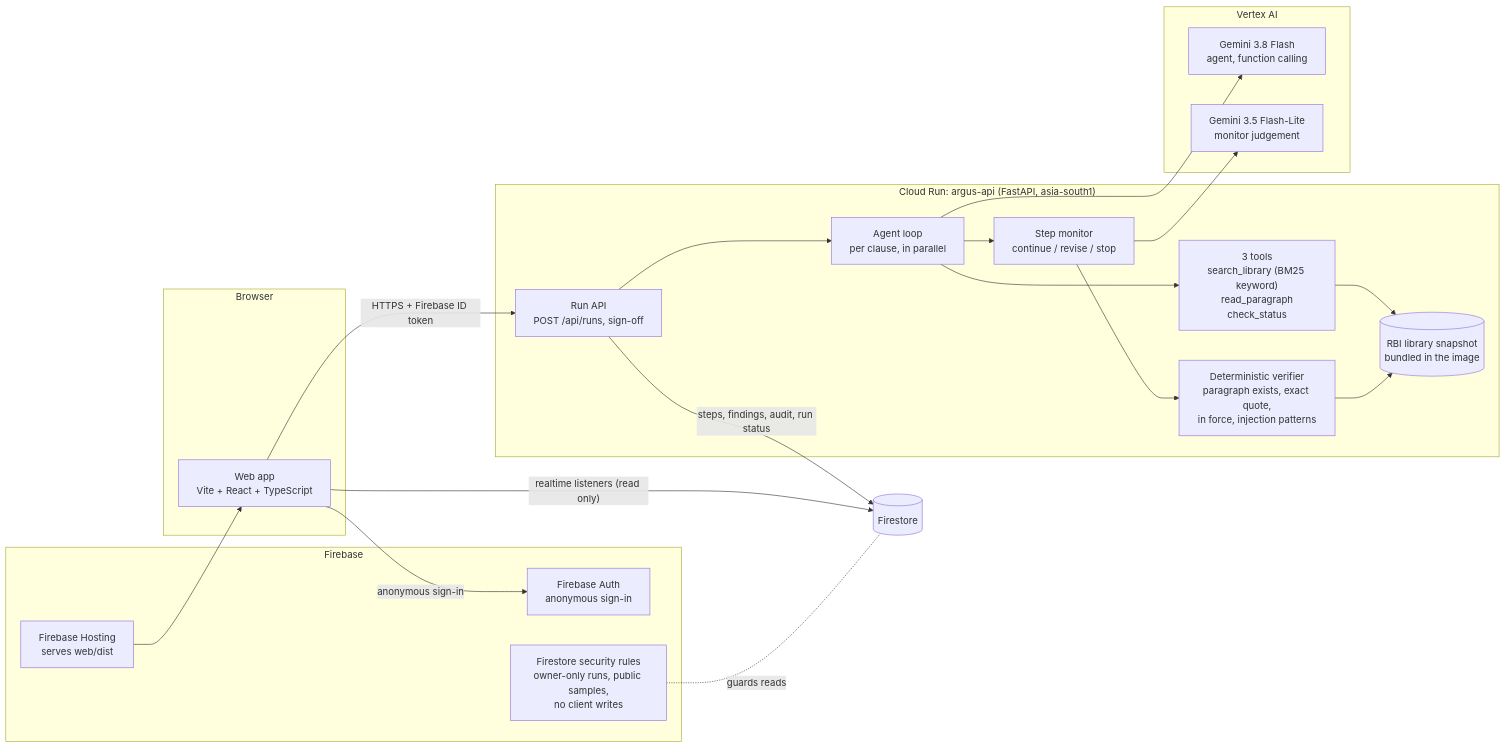
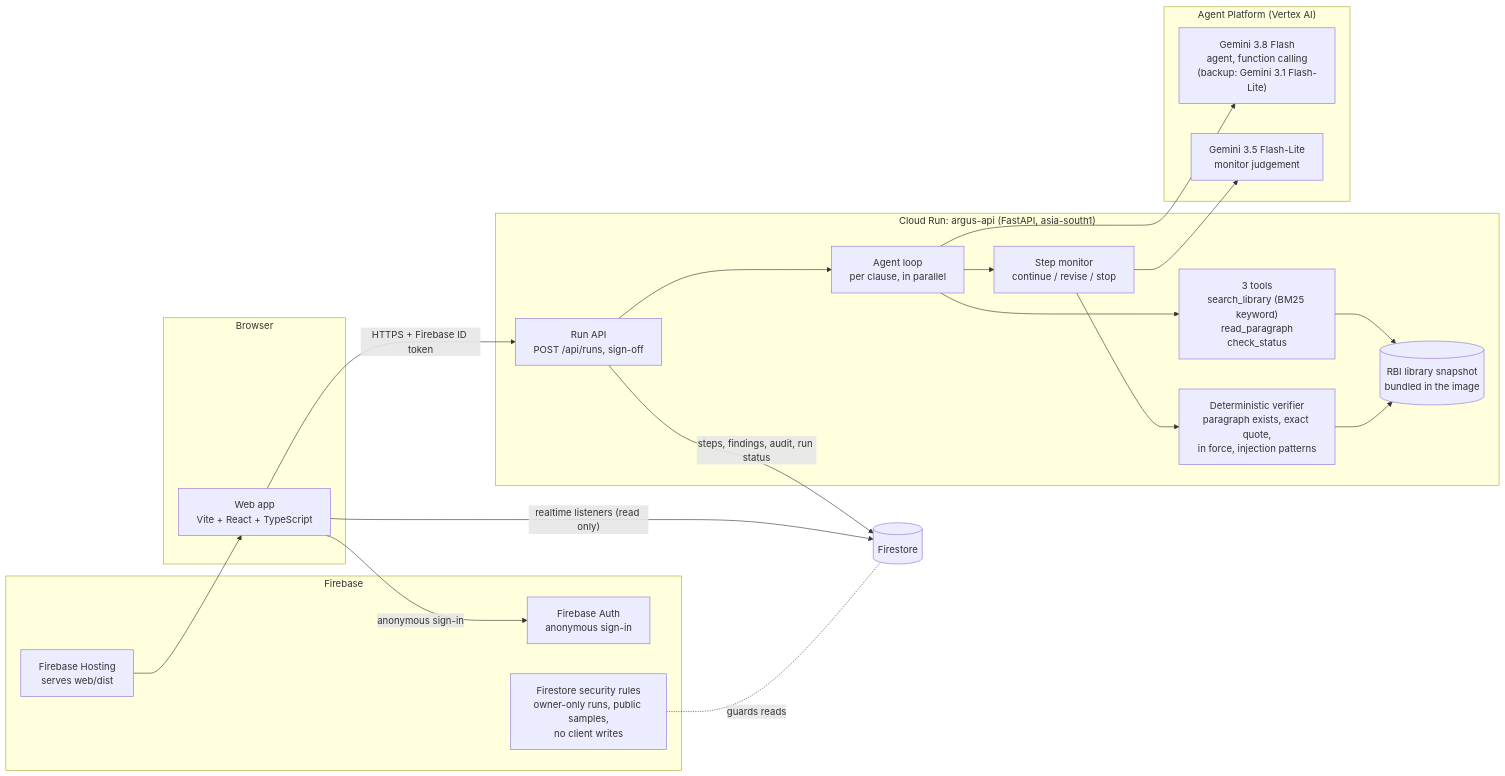
Before and after one commit to HemantBK/Argus: the first of 2 diagrams in docs/architecture.md, drawn with Mermaid. The commit also changed other lines of this file and 5 other files, not shown here.

````diff
--- a/docs/architecture.md
+++ b/docs/architecture.md
@@ -13,37 +13,37 @@
 ```mermaid
 flowchart LR
   subgraph Browser
     W["Web app<br/>Vite + React + TypeScript"]
   end
   subgraph Firebase
     H["Firebase Hosting<br/>serves web/dist"]
     A["Firebase Auth<br/>anonymous sign-in"]
     R["Firestore security rules<br/>owner-only runs, public samples,<br/>no client writes"]
   end
   subgraph CR["Cloud Run: argus-api (FastAPI, asia-south1)"]
     API["Run API<br/>POST /api/runs, sign-off"]
     AG["Agent loop<br/>per clause, in parallel"]
     T["3 tools<br/>search_library (BM25 keyword)<br/>read_paragraph<br/>check_status"]
     V["Deterministic verifier<br/>paragraph exists, exact quote,<br/>in force, injection patterns"]
     M["Step monitor<br/>continue / revise / stop"]
     C[("RBI library snapshot<br/>bundled in the image")]
   end
-  subgraph Vertex["Vertex AI"]
-    G1["Gemini 3.8 Flash<br/>agent, function calling"]
+  subgraph Vertex["Agent Platform (Vertex AI)"]
+    G1["Gemini 3.8 Flash<br/>agent, function calling<br/>(backup: Gemini 3.1 Flash-Lite)"]
     G2["Gemini 3.5 Flash-Lite<br/>monitor judgement"]
   end
   FS[("Firestore")]
 
   H --> W
   W -- "anonymous sign-in" --> A
   W -- "HTTPS + Firebase ID token" --> API
   W -- "realtime listeners (read only)" --> FS
   R -. "guards reads" .- FS
   API --> AG
   AG --> T --> C
   AG --> G1
   AG --> M
   M --> V --> C
   M --> G2
   API -- "steps, findings, audit, run status" --> FS
 ```
````
